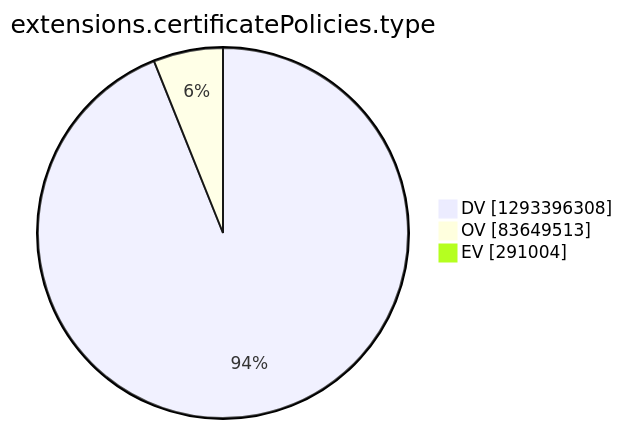
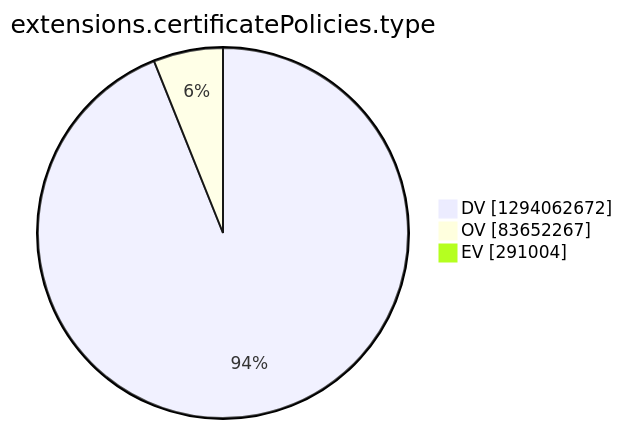
Before and after one commit to christiankrug/ctmonitor_visualization: the tenth of 15 diagrams in argon2022/README.md, drawn with Mermaid. The commit also changed other lines of this file, not shown here.

````diff
--- a/argon2022/README.md
+++ b/argon2022/README.md
@@ -2771,7 +2772,7 @@
 ```mermaid
 pie showData
 title extensions.certificatePolicies.type
-"DV" :1293396308
-"OV" :83649513
+"DV" :1294062672
+"OV" :83652267
 "EV" :291004
 ```
````
